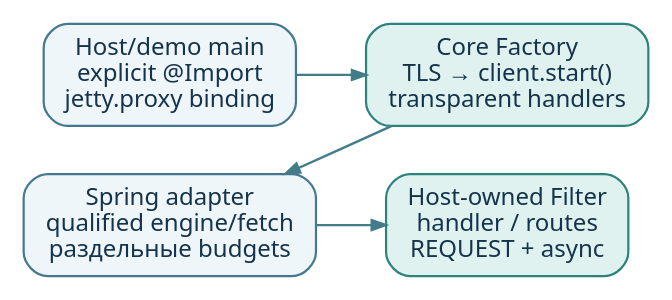
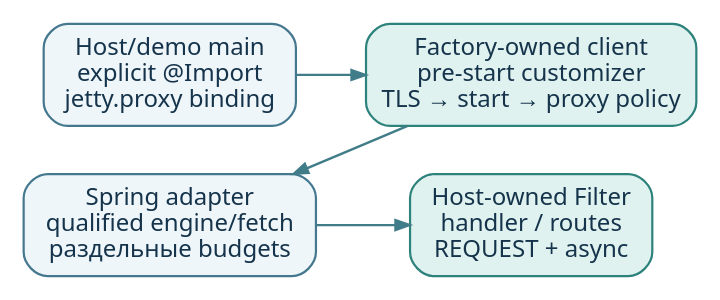
One commit to AlFlanker/NettyPet changed the diagram in jetty-client-example/docs/diagrams/startup.dot. Above: the diagram before and after it, drawn with Graphviz. The commit also changed 16 other files, not shown here.

```diff
--- a/jetty-client-example/docs/diagrams/startup.dot
+++ b/jetty-client-example/docs/diagrams/startup.dot
@@ -1,20 +1,20 @@
 digraph Startup {
   graph [rankdir=LR, bgcolor="white", fontname="Noto Sans", fontsize=12, pad=0.06,
          nodesep=0.34, ranksep=0.35, splines=polyline];
   node [shape=box, style="rounded,filled", fontname="Noto Sans", fontsize=12,
         fontcolor="#15344B", fillcolor="#EFF6FA", color="#45788F", penwidth=1.1, margin="0.14,0.09"];
   edge [color="#417C89", penwidth=1.2, arrowsize=0.7, fontname="Noto Sans", fontsize=12];
 
   main [label="Host/demo main\nexplicit @Import\njetty.proxy binding"];
-  client [label="Core Factory\nTLS → client.start()\ntransparent handlers", fillcolor="#E0F2EF", color="#2D827B"];
+  client [label="Factory-owned client\npre-start customizer\nTLS → start → proxy policy", fillcolor="#E0F2EF", color="#2D827B"];
   servlet [label="Spring adapter\nqualified engine/fetch\nраздельные budgets"];
   registration [label="Host-owned Filter\nhandler / routes\nREQUEST + async", fillcolor="#E0F2EF", color="#2D827B"];
 
   { rank=same; main; servlet; }
   { rank=same; client; registration; }
   main -> servlet [style=invis, weight=30];
   client -> registration [style=invis, weight=30];
   main -> client;
   client -> servlet [constraint=false];
   servlet -> registration;
 }
```
